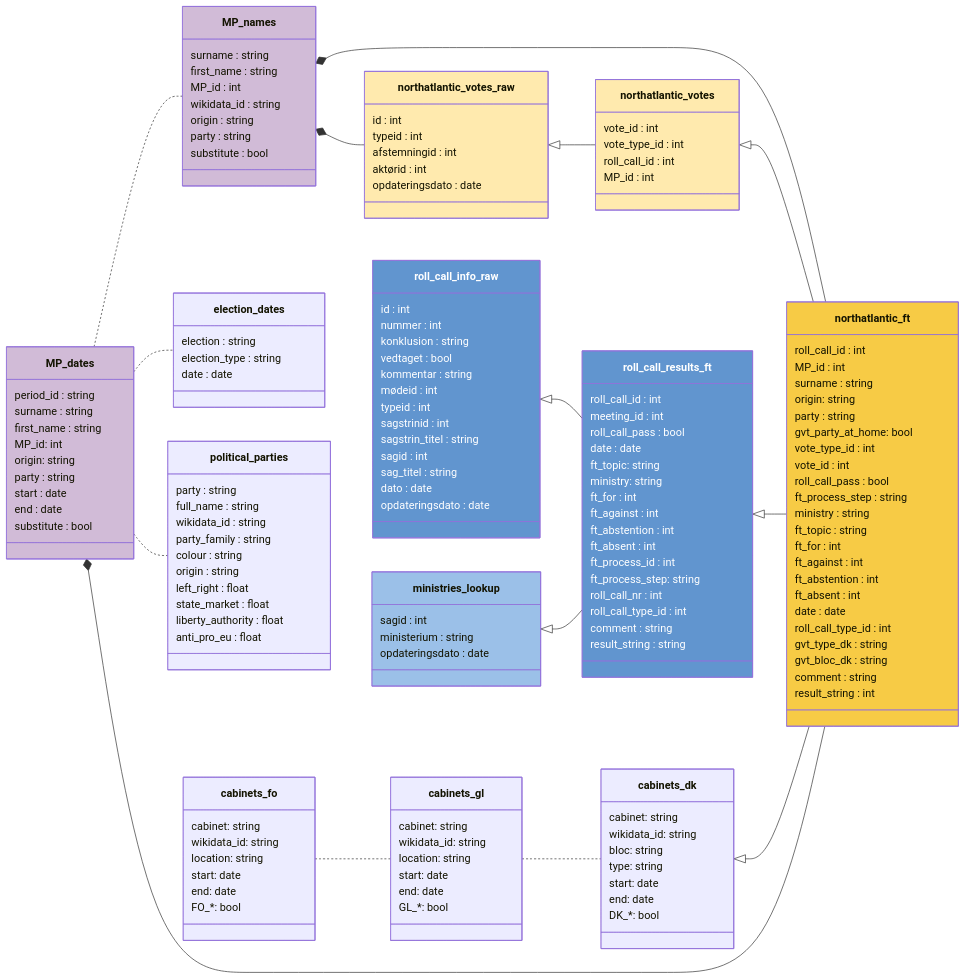
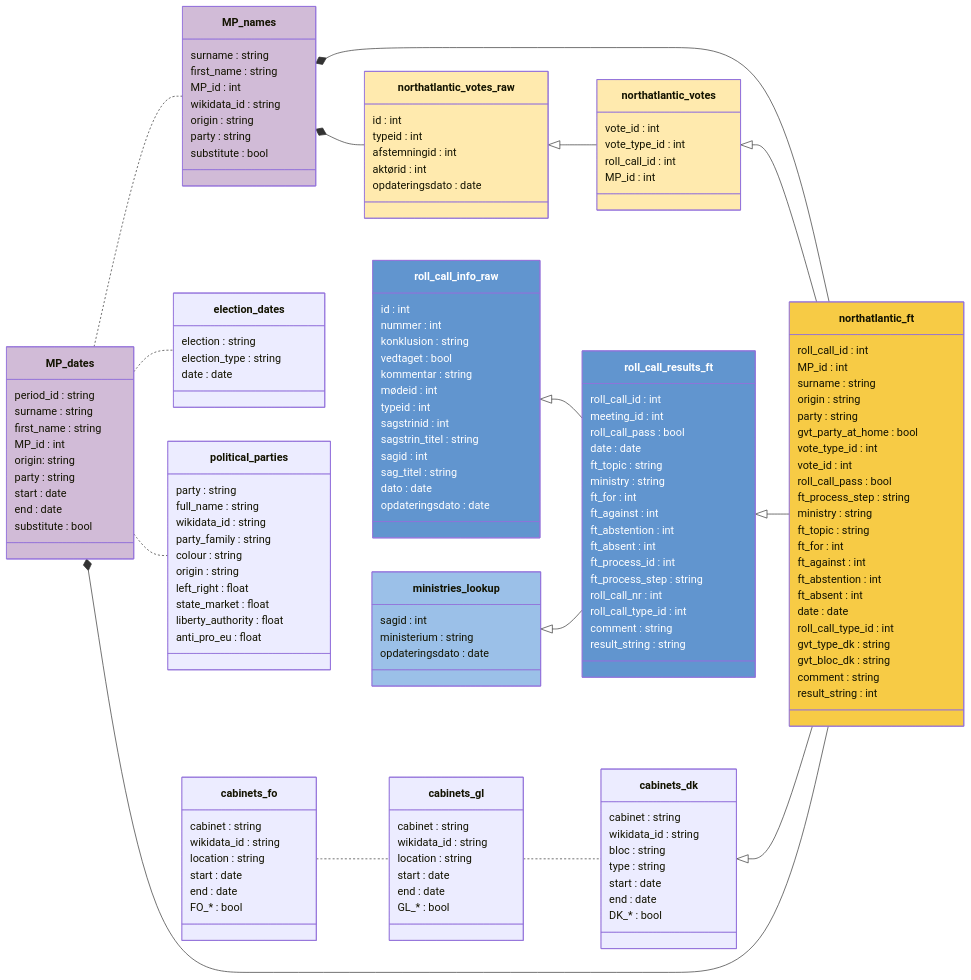
Before and after one commit to mtwente/nordatlantisk-ft: the diagram in docs/codebook.qmd, drawn with Mermaid.

Commit message:
docs: fix mermaid labels

```diff
--- a/docs/codebook.qmd
+++ b/docs/codebook.qmd
@@ -132,9 +132,9 @@
         roll_call_id : int
         MP_id : int
         surname : string
-        origin: string
+        origin : string
         party : string
-        gvt_party_at_home: bool
+        gvt_party_at_home : bool
         vote_type_id : int
         vote_id : int
         roll_call_pass : bool
@@ -164,7 +164,7 @@
         period_id : string
         surname : string
         first_name : string
-        MP_id: int
+        MP_id : int
         origin: string
         party : string
         start : date
@@ -193,14 +193,14 @@
         meeting_id : int
         roll_call_pass : bool
         date : date
-        ft_topic: string
-        ministry: string
+        ft_topic : string
+        ministry : string
         ft_for : int
         ft_against : int
         ft_abstention : int
         ft_absent : int
         ft_process_id : int
-        ft_process_step: string
+        ft_process_step : string
         roll_call_nr : int
         roll_call_type_id : int
         comment : string
@@ -251,31 +251,31 @@
     }
 
     class cabinets_fo {
-      cabinet: string
-      wikidata_id: string
-      location: string
-      start: date
-      end: date
-      FO_&ast;: bool
+      cabinet : string
+      wikidata_id : string
+      location : string
+      start : date
+      end : date
+      FO_&ast; : bool
     }
 
     class cabinets_gl {
-      cabinet: string
-      wikidata_id: string
-      location: string
-      start: date
-      end: date
-      GL_&ast;: bool
+      cabinet : string
+      wikidata_id : string
+      location : string
+      start : date
+      end : date
+      GL_&ast; : bool
     }
 
     class cabinets_dk {
-      cabinet: string
-      wikidata_id: string
-      bloc: string
-      type: string
-      start: date
-      end: date
-      DK_&ast;: bool
+      cabinet : string
+      wikidata_id : string
+      bloc : string
+      type : string
+      start : date
+      end : date
+      DK_&ast; : bool
     }
 
 style roll_call_info_raw fill:#6195CF,color:#FFFFFF
```
